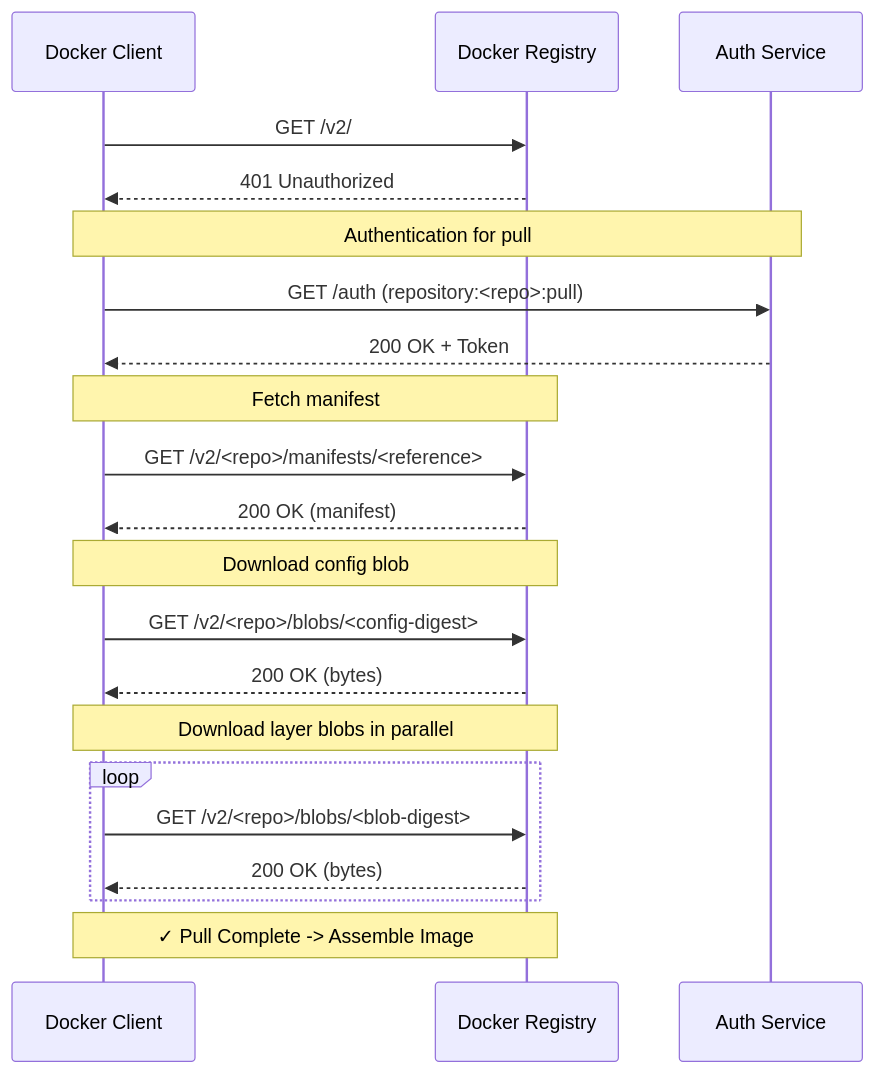
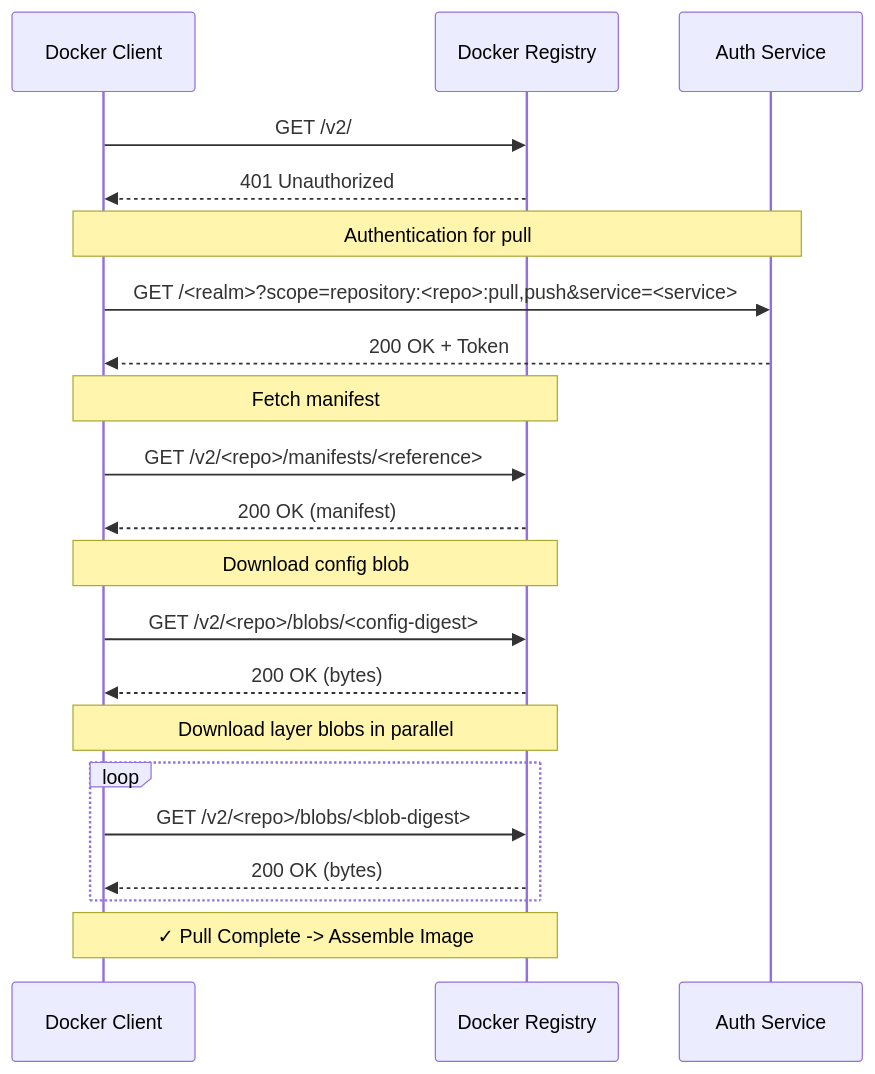
The diagram in docs/download-graph.md (cmdjulian/kirc), drawn with Mermaid before and after one commit. The commit also changed 1 other file, not shown here.

````diff
--- a/docs/download-graph.md
+++ b/docs/download-graph.md
@@ -5,23 +5,23 @@
 ```mermaid
 sequenceDiagram
     participant Client as Docker Client
     participant Registry as Docker Registry
     participant Auth as Auth Service
     Client ->> Registry: GET /v2/
     Registry -->> Client: 401 Unauthorized
     Note over Client, Auth: Authentication for pull
-    Client ->> Auth: GET /auth (repository:<repo>:pull)
+    Client ->> Auth: GET /<realm>?scope=repository:<repo>:pull,push&service=<service>
     Auth -->> Client: 200 OK + Token
     Note over Client, Registry: Fetch manifest
     Client ->> Registry: GET /v2/<repo>/manifests/<reference>
     Registry -->> Client: 200 OK (manifest)
     Note over Client, Registry: Download config blob
     Client ->> Registry: GET /v2/<repo>/blobs/<config-digest>
     Registry -->> Client: 200 OK (bytes)
     Note over Client, Registry: Download layer blobs in parallel
     loop
         Client ->> Registry: GET /v2/<repo>/blobs/<blob-digest>
         Registry -->> Client: 200 OK (bytes)
     end
     Note over Client, Registry: ✓ Pull Complete -> Assemble Image
 ```
````
